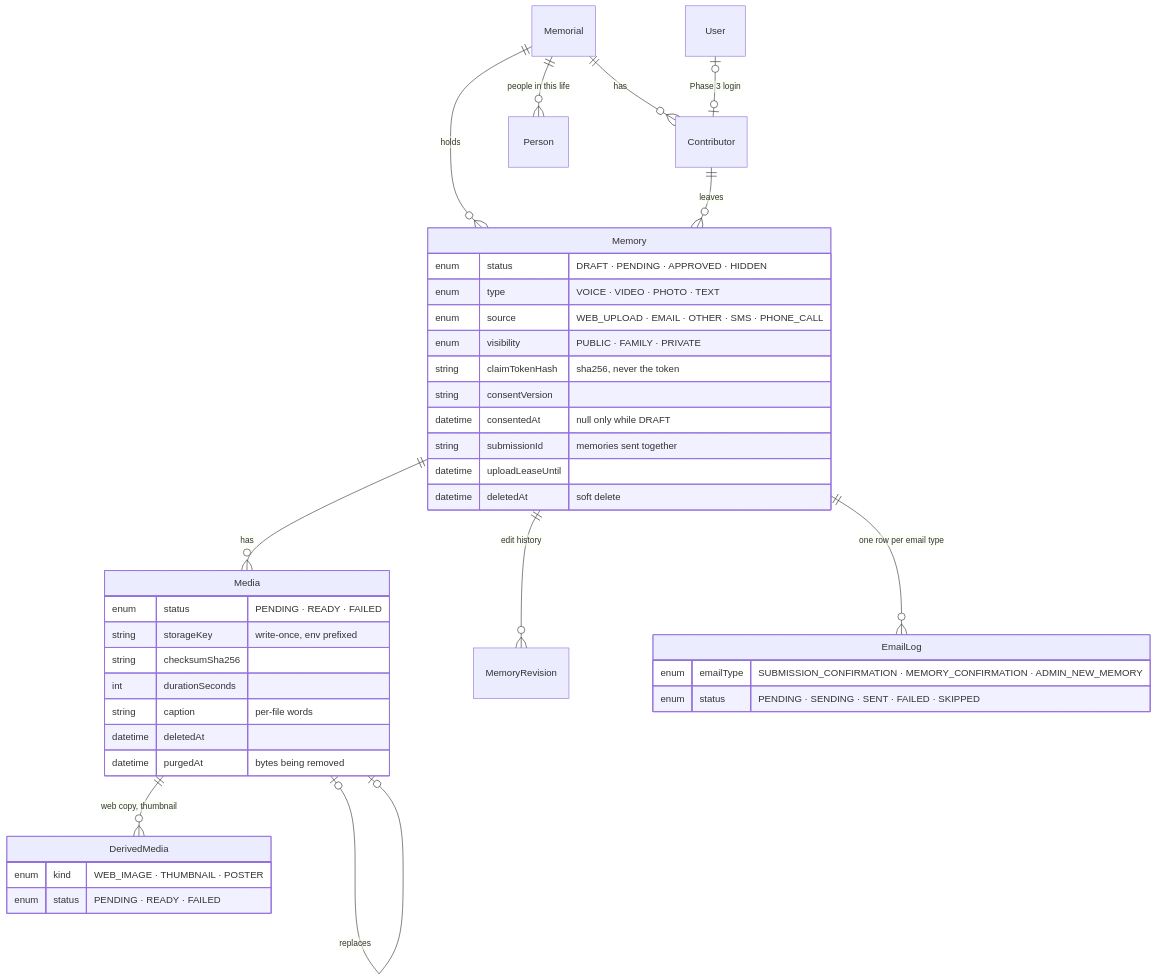
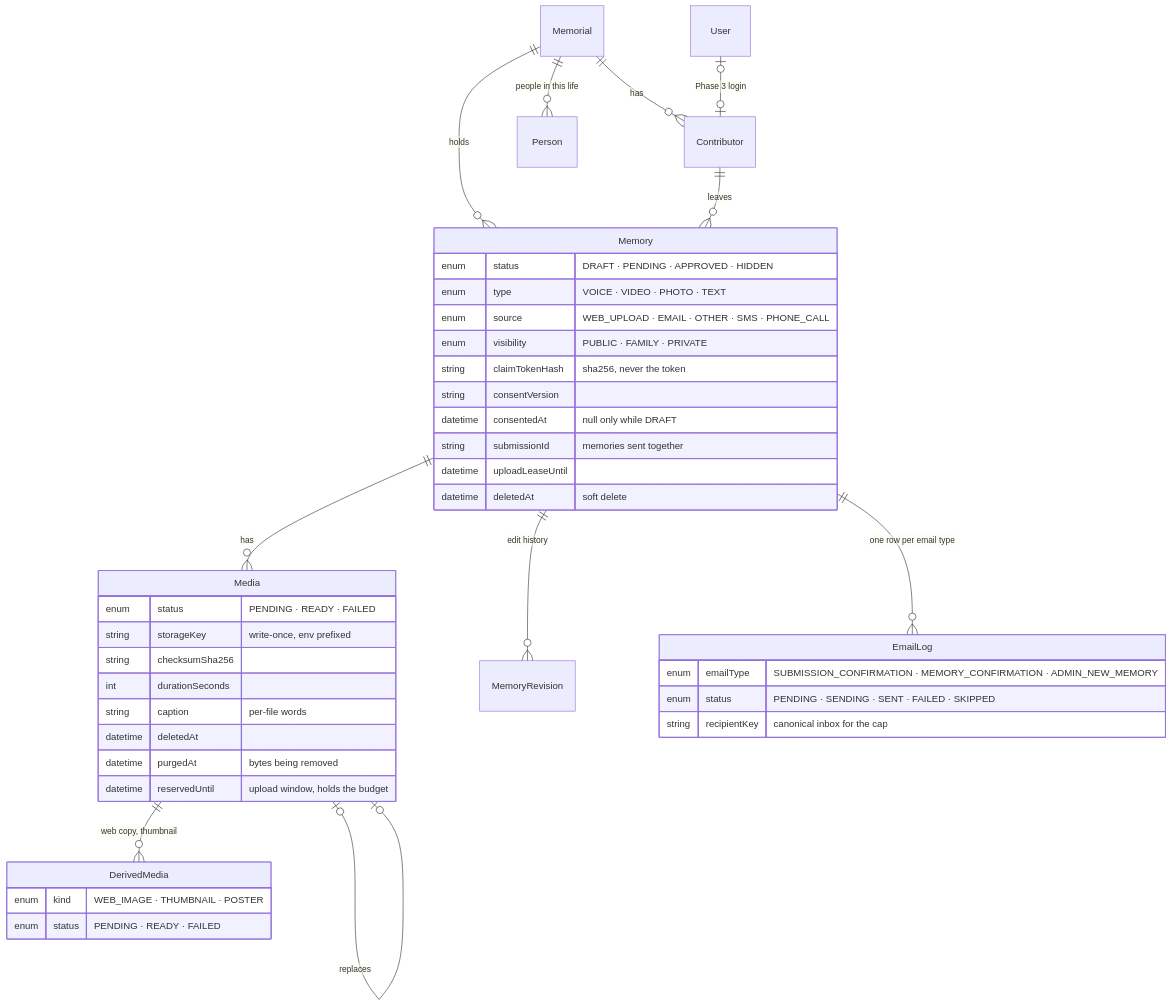
The third of 3 diagrams in README.md (RobertdWray/jowray_com), drawn with Mermaid before and after one commit. The commit also changed other lines of this file and 6 other files, not shown here.

````diff
--- a/README.md
+++ b/README.md
@@ -140,43 +140,45 @@
 ```mermaid
 erDiagram
     Memorial ||--o{ Contributor : has
     Memorial ||--o{ Memory : holds
     Memorial ||--o{ Person : "people in this life"
     Contributor ||--o{ Memory : leaves
     Memory ||--o{ Media : has
     Memory ||--o{ MemoryRevision : "edit history"
     Memory ||--o{ EmailLog : "one row per email type"
     Media ||--o{ DerivedMedia : "web copy, thumbnail"
     Media o|--o| Media : replaces
     User |o--o| Contributor : "Phase 3 login"
 
     Memory {
         enum status "DRAFT · PENDING · APPROVED · HIDDEN"
         enum type "VOICE · VIDEO · PHOTO · TEXT"
         enum source "WEB_UPLOAD · EMAIL · OTHER · SMS · PHONE_CALL"
         enum visibility "PUBLIC · FAMILY · PRIVATE"
         string claimTokenHash "sha256, never the token"
         string consentVersion
         datetime consentedAt "null only while DRAFT"
         string submissionId "memories sent together"
         datetime uploadLeaseUntil
         datetime deletedAt "soft delete"
     }
     Media {
         enum status "PENDING · READY · FAILED"
         string storageKey "write-once, env prefixed"
         string checksumSha256
         int durationSeconds
         string caption "per-file words"
         datetime deletedAt
         datetime purgedAt "bytes being removed"
+        datetime reservedUntil "upload window, holds the budget"
     }
     DerivedMedia {
         enum kind "WEB_IMAGE · THUMBNAIL · POSTER"
         enum status "PENDING · READY · FAILED"
     }
     EmailLog {
         enum emailType "SUBMISSION_CONFIRMATION · MEMORY_CONFIRMATION · ADMIN_NEW_MEMORY"
         enum status "PENDING · SENDING · SENT · FAILED · SKIPPED"
+        string recipientKey "canonical inbox for the cap"
     }
 ```
````
